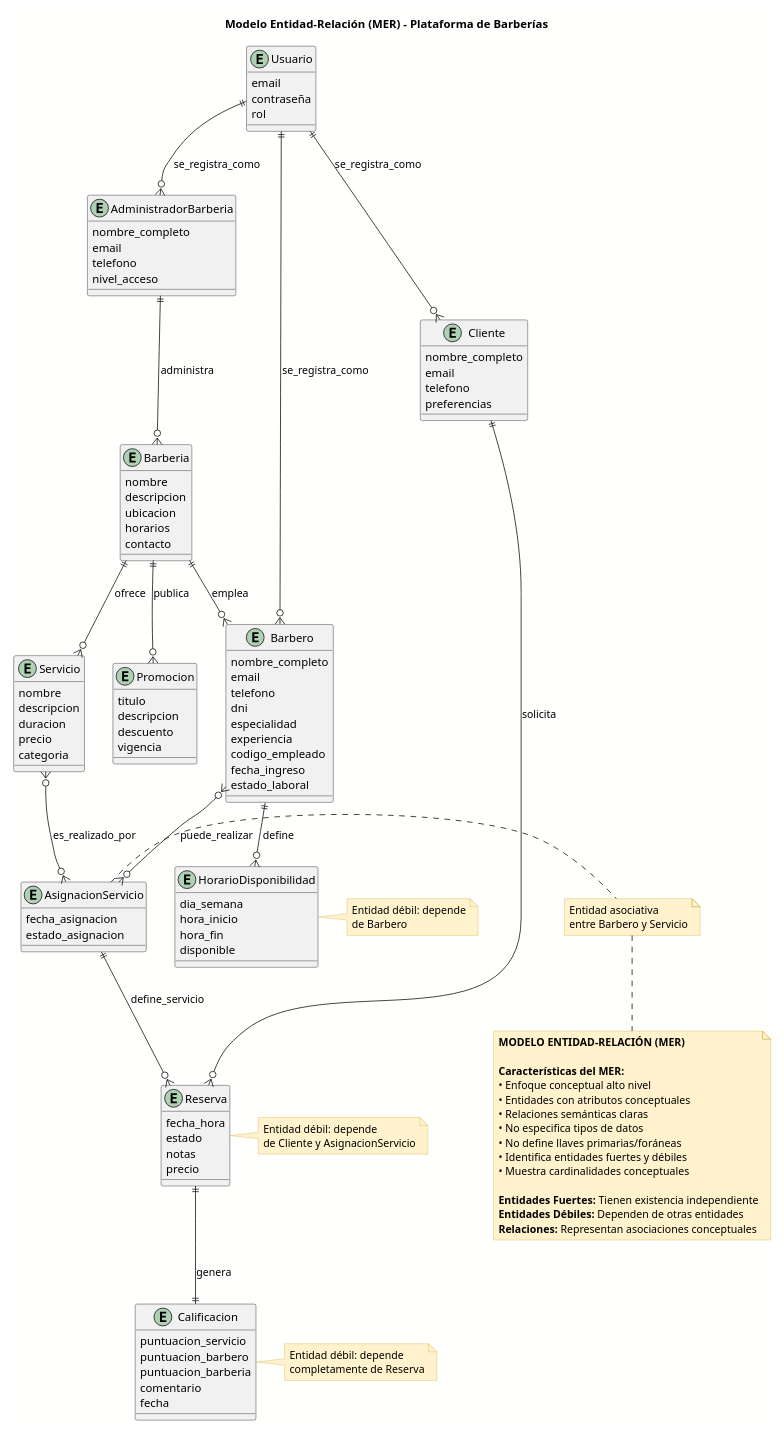
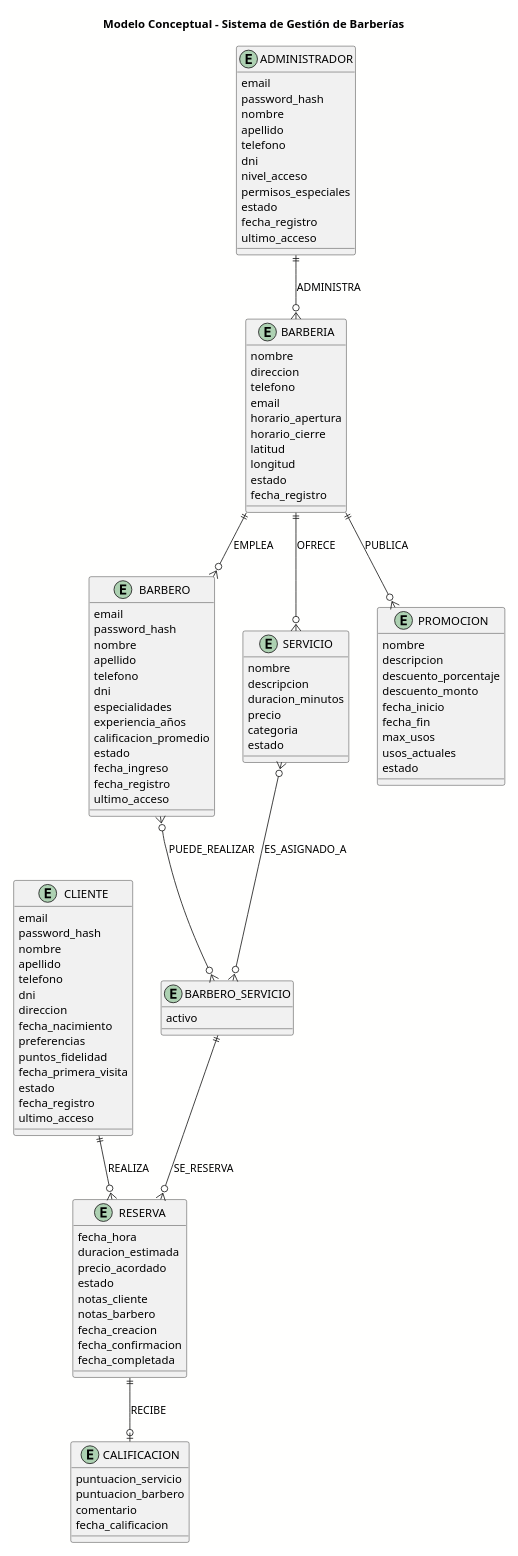
Before and after one commit to tunek12421/Barberias-App: the diagram in Diagramas/Modelados/ModeloConceptual.puml, drawn with PlantUML. The commit also changed 4 other files, not shown here.

```diff
--- a/Diagramas/Modelados/ModeloConceptual.puml
+++ b/Diagramas/Modelados/ModeloConceptual.puml
@@ -1,155 +1,136 @@
-@startuml modelo_conceptual_mer
+@startuml modelo_conceptual
 skinparam backgroundColor #FFFFFE
 skinparam entity {
-    BackgroundColor #FFE6CC
-    BorderColor #FF8C00
+    BackgroundColor #E6F3FF
+    BorderColor #2E86AB
 }
 skinparam note {
     BackgroundColor #FFF2CC
     BorderColor #D6B656
 }
 
-title Modelo Entidad-Relación (MER) - Plataforma de Barberías
+title Modelo Conceptual - Sistema de Gestión de Barberías
 
-' === ENTIDADES FUERTES ===
-entity Usuario {
+' === ENTIDADES PRINCIPALES ===
+
+entity CLIENTE {
     email
-    contraseña
-    rol
+    password_hash
+    nombre
+    apellido
+    telefono
+    dni
+    direccion
+    fecha_nacimiento
+    preferencias
+    puntos_fidelidad
+    fecha_primera_visita
+    estado
+    fecha_registro
+    ultimo_acceso
 }
 
-entity Cliente {
-    nombre_completo
+entity ADMINISTRADOR {
     email
+    password_hash
+    nombre
+    apellido
     telefono
-    preferencias
+    dni
+    nivel_acceso
+    permisos_especiales
+    estado
+    fecha_registro
+    ultimo_acceso
 }
 
-entity AdministradorBarberia {
-    nombre_completo
+entity BARBERIA {
+    nombre
+    direccion
+    telefono
     email
-    telefono
-    nivel_acceso
+    horario_apertura
+    horario_cierre
+    latitud
+    longitud
+    estado
+    fecha_registro
 }
 
-entity Barbero {
-    nombre_completo
+entity BARBERO {
     email
+    password_hash
+    nombre
+    apellido
     telefono
     dni
-    especialidad
-    experiencia
-    codigo_empleado
+    especialidades
+    experiencia_años
+    calificacion_promedio
+    estado
     fecha_ingreso
-    estado_laboral
+    fecha_registro
+    ultimo_acceso
 }
-entity Barberia {
+
+entity SERVICIO {
     nombre
     descripcion
-    ubicacion
-    horarios
-    contacto
+    duracion_minutos
+    precio
+    categoria
+    estado
 }
 
-entity Servicio {
+entity RESERVA {
+    fecha_hora
+    duracion_estimada
+    precio_acordado
+    estado
+    notas_cliente
+    notas_barbero
+    fecha_creacion
+    fecha_confirmacion
+    fecha_completada
+}
+
+entity PROMOCION {
     nombre
     descripcion
-    duracion
-    precio
-    categoria
+    descuento_porcentaje
+    descuento_monto
+    fecha_inicio
+    fecha_fin
+    max_usos
+    usos_actuales
+    estado
 }
 
-entity Promocion {
-    titulo
-    descripcion
-    descuento
-    vigencia
+entity CALIFICACION {
+    puntuacion_servicio
+    puntuacion_barbero
+    comentario
+    fecha_calificacion
 }
 
-' === ENTIDADES DÉBILES ===
-
-entity Reserva {
-    fecha_hora
-    estado
-    notas
-    precio
+' === RELACIÓN ASOCIATIVA ===
+entity BARBERO_SERVICIO {
+    activo
 }
-note right of Reserva
-  Entidad débil: depende
-  de Cliente y AsignacionServicio
-end note
-
-entity Calificacion {
-    puntuacion_servicio
-    puntuacion_barbero
-    puntuacion_barberia
-    comentario
-    fecha
-}
-note right of Calificacion
-  Entidad débil: depende
-  completamente de Reserva
-end note
-
-entity HorarioDisponibilidad {
-    dia_semana
-    hora_inicio
-    hora_fin
-    disponible
-}
-note right of HorarioDisponibilidad
-  Entidad débil: depende
-  de Barbero
-end note
 
 ' === RELACIONES ===
-entity AsignacionServicio {
-    fecha_asignacion
-    estado_asignacion
-}
-note right of AsignacionServicio
-  Entidad asociativa
-  entre Barbero y Servicio
-end note
+ADMINISTRADOR ||--o{ BARBERIA : "ADMINISTRA"
+BARBERIA ||--o{ BARBERO : "EMPLEA"
+BARBERIA ||--o{ SERVICIO : "OFRECE"
+BARBERIA ||--o{ PROMOCION : "PUBLICA"
 
-' === RELACIONES BINARIAS ===
-Usuario ||--o{ Cliente : "se_registra_como"
-Usuario ||--o{ AdministradorBarberia : "se_registra_como"
-Usuario ||--o{ Barbero : "se_registra_como"
+BARBERO }o--o{ BARBERO_SERVICIO : "PUEDE_REALIZAR"
+SERVICIO }o--o{ BARBERO_SERVICIO : "ES_ASIGNADO_A"
 
-AdministradorBarberia ||--o{ Barberia : "administra"
+CLIENTE ||--o{ RESERVA : "REALIZA"
+BARBERO_SERVICIO ||--o{ RESERVA : "SE_RESERVA"
 
-Barberia ||--o{ Barbero : "emplea"
+RESERVA ||--o| CALIFICACION : "RECIBE"
 
-Barberia ||--o{ Servicio : "ofrece"
-Barberia ||--o{ Promocion : "publica"
-
-Barbero ||--o{ HorarioDisponibilidad : "define"
-
-' === RELACIÓN TERNARIA CLAVE ===
-Barbero }o--o{ AsignacionServicio : "puede_realizar"
-Servicio }o--o{ AsignacionServicio : "es_realizado_por"
-
-Cliente ||--o{ Reserva : "solicita"
-AsignacionServicio ||--o{ Reserva : "define_servicio"
-
-Reserva ||--|| Calificacion : "genera"
-
-note bottom
-  **MODELO ENTIDAD-RELACIÓN (MER)**
-  
-  **Características del MER:**
-  • Enfoque conceptual alto nivel
-  • Entidades con atributos conceptuales
-  • Relaciones semánticas claras
-  • No especifica tipos de datos
-  • No define llaves primarias/foráneas
-  • Identifica entidades fuertes y débiles
-  • Muestra cardinalidades conceptuales
-  
-  **Entidades Fuertes:** Tienen existencia independiente
-  **Entidades Débiles:** Dependen de otras entidades
-  **Relaciones:** Representan asociaciones conceptuales
-end note
 
 @enduml
```
